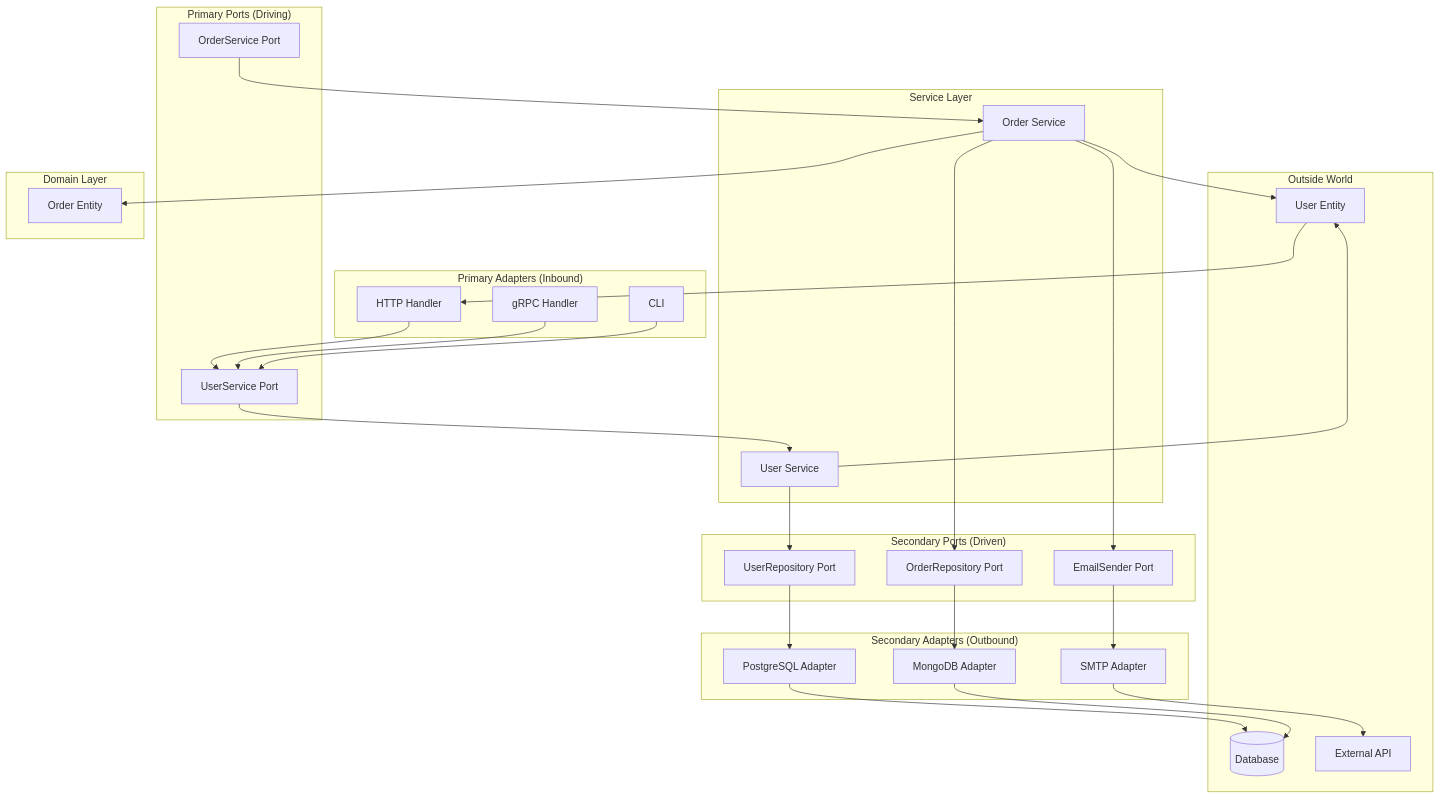
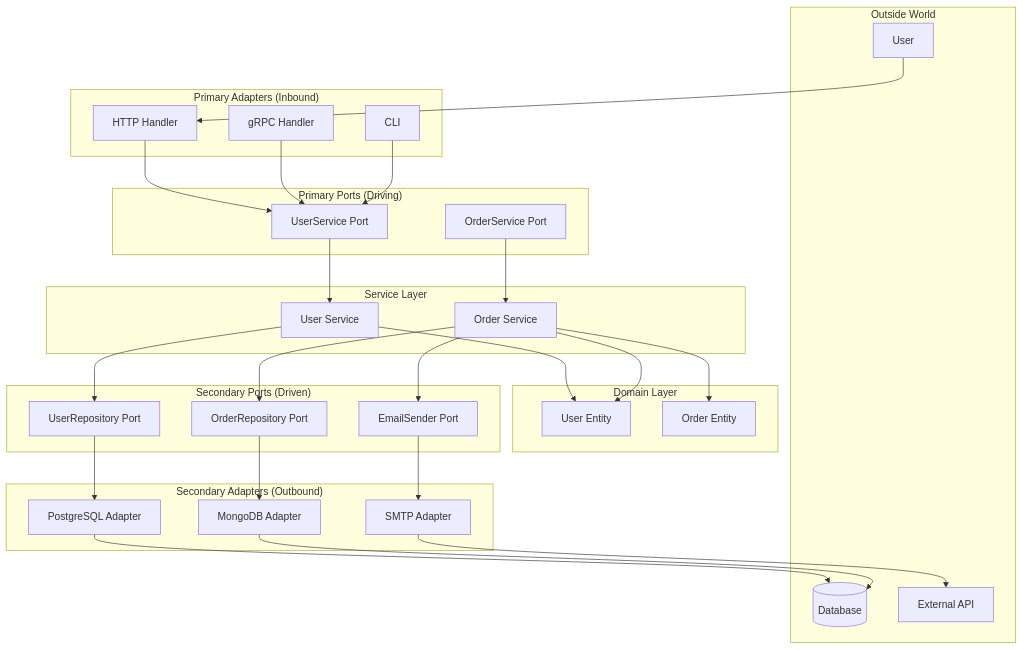
Before and after one commit to sploitzberg/go-llm-project-structure: the first of 3 diagrams in docs/architecture/hexagonal-architecture-simplified.md, drawn with Mermaid. The commit also changed other lines of this file and 65 other files, not shown here.

Commit message:
feat: harden bootstrap architecture and CI

````diff
--- a/docs/architecture/hexagonal-architecture-simplified.md
+++ b/docs/architecture/hexagonal-architecture-simplified.md
@@ -18,65 +20,65 @@
 ```mermaid
 graph TB
     subgraph "Outside World"
-        User[User]
+        Actor[User]
         Database[(Database)]
         API[External API]
     end
 
     subgraph "Primary Adapters (Inbound)"
         HTTP[HTTP Handler]
         GRPC[gRPC Handler]
         CLI[CLI]
     end
 
     subgraph "Primary Ports (Driving)"
         UserService[UserService Port]
         OrderService[OrderService Port]
     end
 
     subgraph "Service Layer"
         UserSvc[User Service]
         OrderSvc[Order Service]
     end
 
     subgraph "Domain Layer"
-        User[User Entity]
+        UserEntity[User Entity]
         Order[Order Entity]
     end
 
     subgraph "Secondary Ports (Driven)"
         UserRepo[UserRepository Port]
         OrderRepo[OrderRepository Port]
         EmailSender[EmailSender Port]
     end
 
     subgraph "Secondary Adapters (Outbound)"
         Postgres[PostgreSQL Adapter]
         Mongo[MongoDB Adapter]
         SMTP[SMTP Adapter]
     end
 
-    User --> HTTP
+    Actor --> HTTP
     HTTP --> UserService
     GRPC --> UserService
     CLI --> UserService
 
     UserService --> UserSvc
     OrderService --> OrderSvc
 
-    UserSvc --> User
+    UserSvc --> UserEntity
     OrderSvc --> Order
-    OrderSvc --> User
+    OrderSvc --> UserEntity
 
     UserSvc --> UserRepo
     OrderSvc --> OrderRepo
     OrderSvc --> EmailSender
 
     UserRepo --> Postgres
     OrderRepo --> Mongo
     EmailSender --> SMTP
 
     Postgres --> Database
     Mongo --> Database
     SMTP --> API
 ```
````
